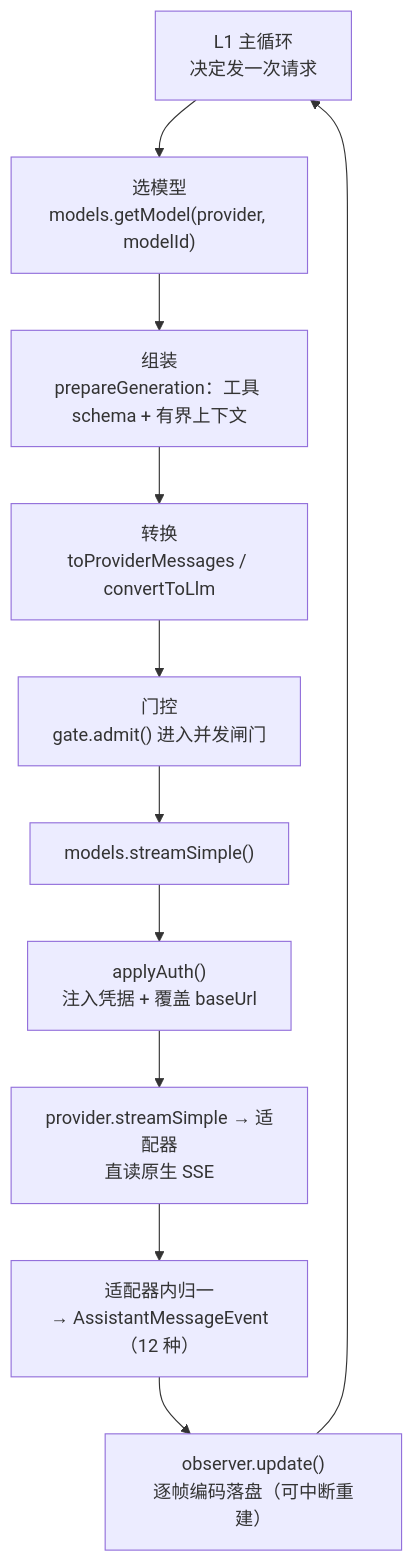
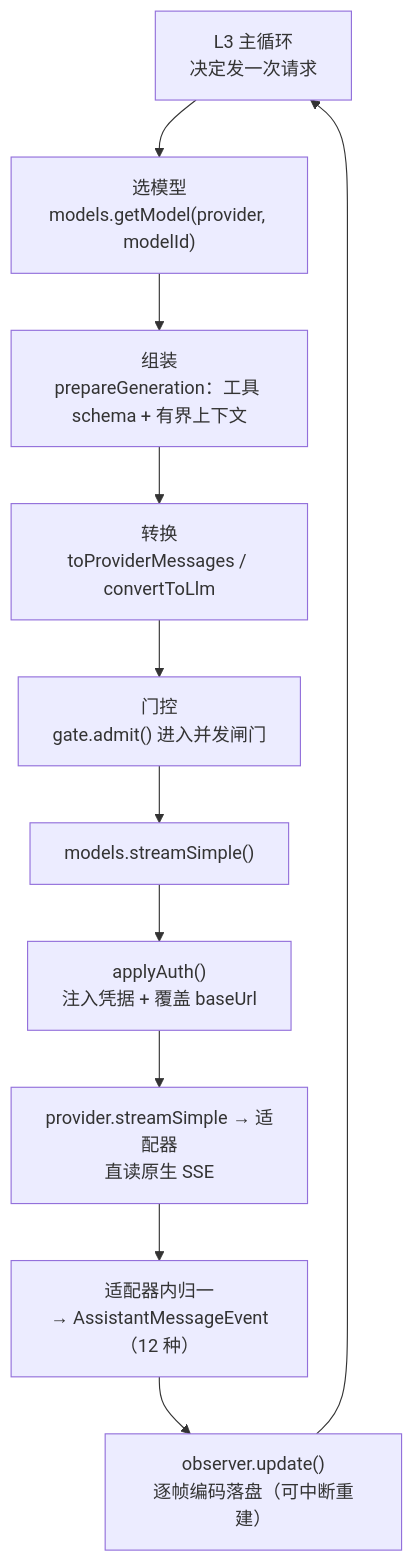
One commit to JustinEric777/Agents-Research changed the first of 2 diagrams in 11-模型调用与Provider四项目对比分析.md. Above: the diagram before and after it, drawn with Mermaid. The commit also changed other lines of this file and 18 other files, not shown here.

````diff
--- a/11-模型调用与Provider四项目对比分析.md
+++ b/11-模型调用与Provider四项目对比分析.md
@@ -199,13 +199,13 @@
 ```mermaid
 flowchart TB
-  A["L1 主循环<br/>决定发一次请求"] --> B["选模型<br/>models.getModel(provider, modelId)"]
+  A["L3 主循环<br/>决定发一次请求"] --> B["选模型<br/>models.getModel(provider, modelId)"]
   B --> C["组装<br/>prepareGeneration：工具 schema + 有界上下文"]
   C --> D["转换<br/>toProviderMessages / convertToLlm"]
   D --> E["门控<br/>gate.admit() 进入并发闸门"]
   E --> F["models.streamSimple()"]
   F --> G["applyAuth()<br/>注入凭据 + 覆盖 baseUrl"]
   G --> H["provider.streamSimple → 适配器<br/>直读原生 SSE"]
   H --> I["适配器内归一<br/>→ AssistantMessageEvent（12 种）"]
   I --> J["observer.update()<br/>逐帧编码落盘（可中断重建）"]
   J --> A
 ```
````
